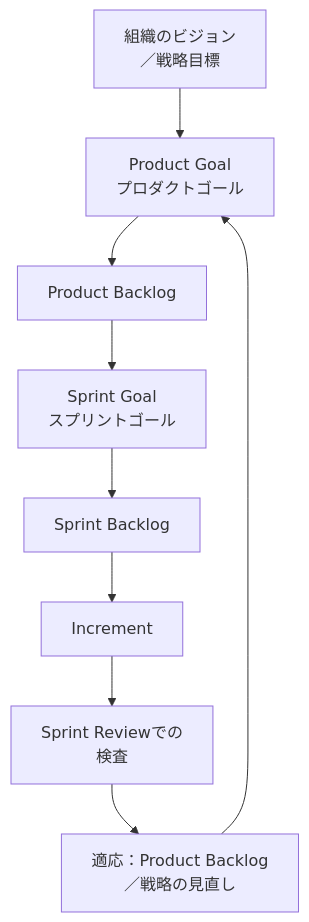
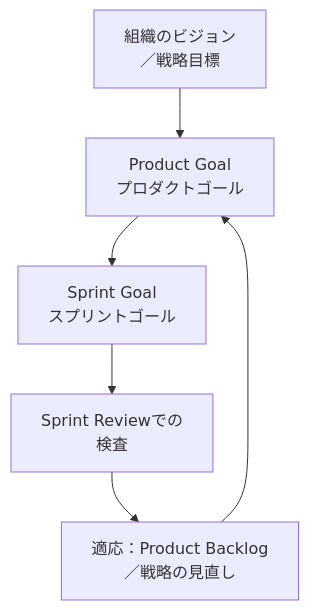
Before and after one commit to myoshi2891/Management-Team-Building-Studies: diagram 11 of 12 in Professional-Agile-Leadership-Evidence-Based-Management.md, drawn with Mermaid. The commit also changed other lines of this file and 1 other file, not shown here.

Commit message:
docs(pal-ebm): update Scrum Guide reference URLs and refine goal hierarchy diagram

````diff
--- a/Professional-Agile-Leadership-Evidence-Based-Management.md
+++ b/Professional-Agile-Leadership-Evidence-Based-Management.md
@@ -516,11 +516,8 @@
 ```mermaid
 flowchart TB
     A["組織のビジョン<br/>／戦略目標"] --> B["Product Goal<br/>プロダクトゴール"]
-    B --> C["Product Backlog"]
-    C --> D["Sprint Goal<br/>スプリントゴール"]
-    D --> E["Sprint Backlog"]
-    E --> F["Increment"]
-    F --> G["Sprint Reviewでの<br/>検査"]
-    G --> H["適応：Product Backlog<br/>／戦略の見直し"]
-    H --> B
+    B --> C["Sprint Goal<br/>スプリントゴール"]
+    C --> D["Sprint Reviewでの<br/>検査"]
+    D --> E["適応：Product Backlog<br/>／戦略の見直し"]
+    E --> B
 ```
````
